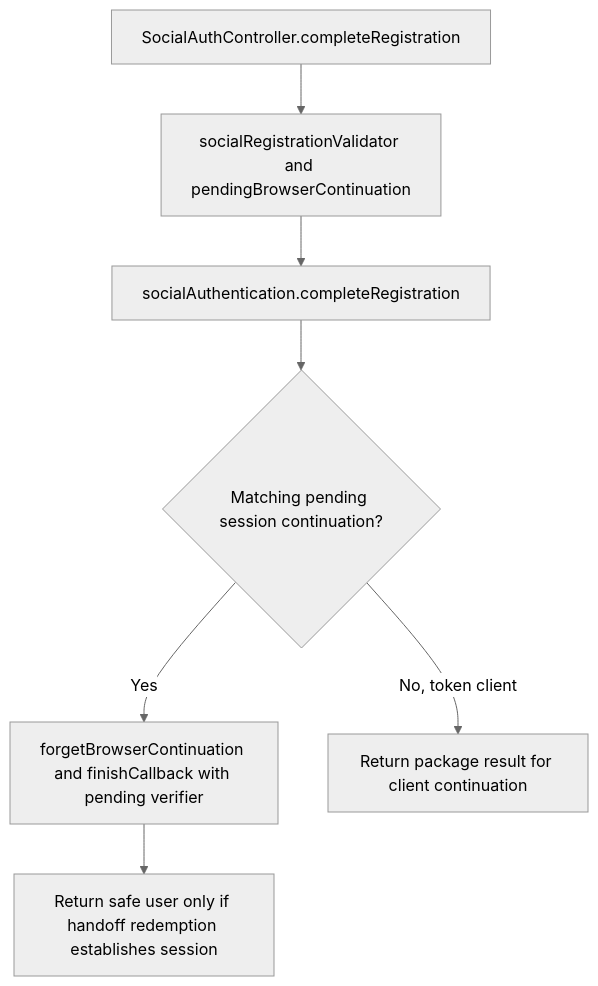
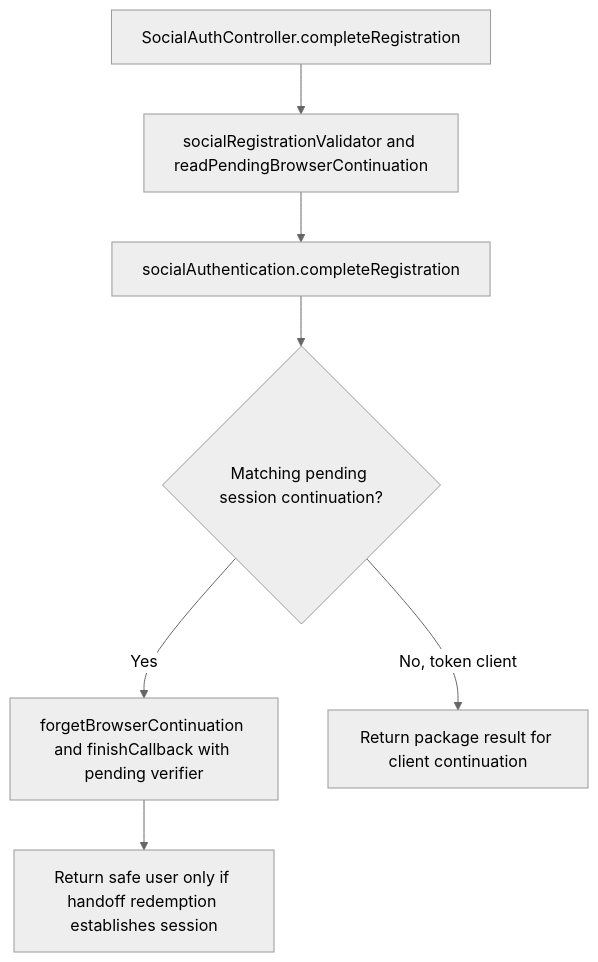
Before and after one commit to Kevinjohn/oss-adonisjs-starter-examples: the second of 2 diagrams in user-stories/api/us-api-05-social-registration.md, drawn with Mermaid (neutral theme). The commit also changed 27 other files, not shown here.

````diff
--- a/user-stories/api/us-api-05-social-registration.md
+++ b/user-stories/api/us-api-05-social-registration.md
@@ -40,9 +40,9 @@
 ```mermaid
 flowchart TD
-    A["SocialAuthController.completeRegistration"] --> B["socialRegistrationValidator and pendingBrowserContinuation"]
+    A["SocialAuthController.completeRegistration"] --> B["socialRegistrationValidator and readPendingBrowserContinuation"]
     B --> C["socialAuthentication.completeRegistration"]
     C --> D{"Matching pending session continuation?"}
     D -->|Yes| E["forgetBrowserContinuation and finishCallback with pending verifier"]
     D -->|No, token client| F["Return package result for client continuation"]
     E --> G["Return safe user only if handoff redemption establishes session"]
 ```
````
